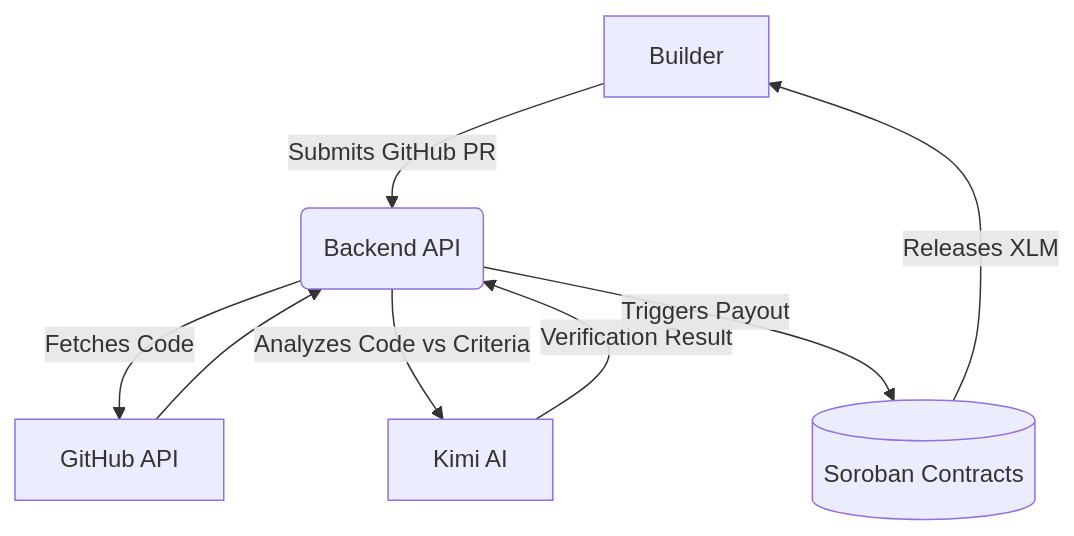
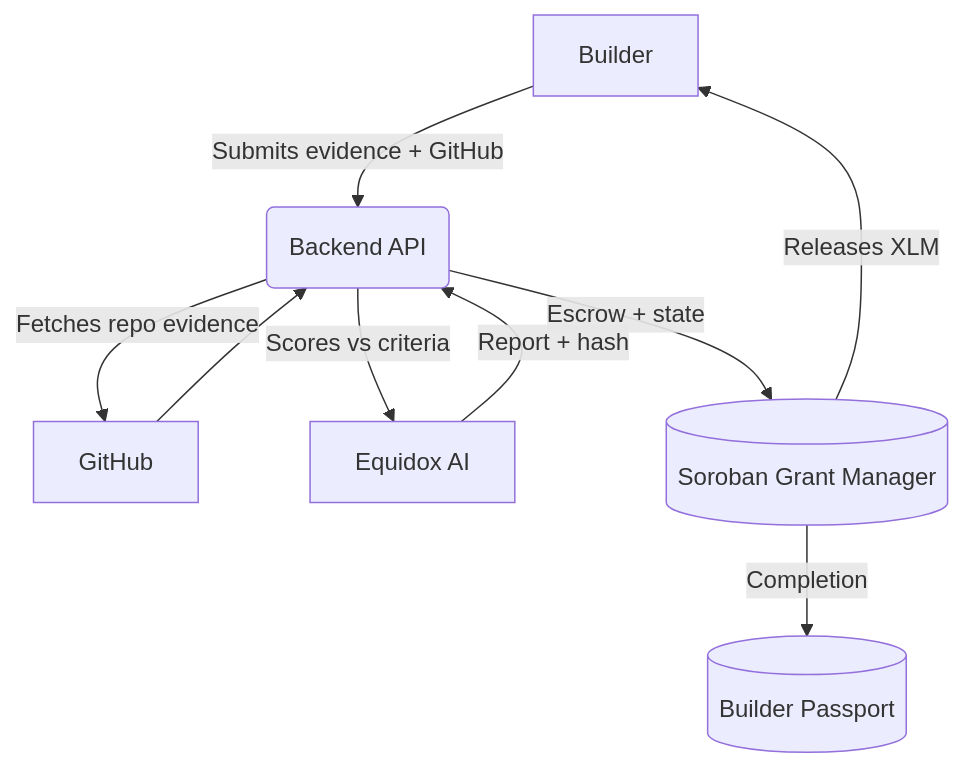
The diagram in README.md (LyfSeeker/Equidox-AI), drawn with Mermaid before and after one commit. The commit also changed other lines of this file, not shown here.

````diff
--- a/README.md
+++ b/README.md
@@ -48,10 +179,11 @@
 ```mermaid
 graph TD
-    A[Builder] -->|Submits GitHub PR| B(Backend API)
-    B -->|Fetches Code| C[GitHub API]
+    A[Builder] -->|Submits evidence + GitHub| B(Backend API)
+    B -->|Fetches repo evidence| C[GitHub]
     C --> B
-    B -->|Analyzes Code vs Criteria| D[Kimi AI]
-    D -->|Verification Result| B
-    B -->|Triggers Payout| E[(Soroban Contracts)]
+    B -->|Scores vs criteria| D[Equidox AI]
+    D -->|Report + hash| B
+    B -->|Escrow + state| E[(Soroban Grant Manager)]
     E -->|Releases XLM| A
+    E -->|Completion| F[(Builder Passport)]
 ```
````
